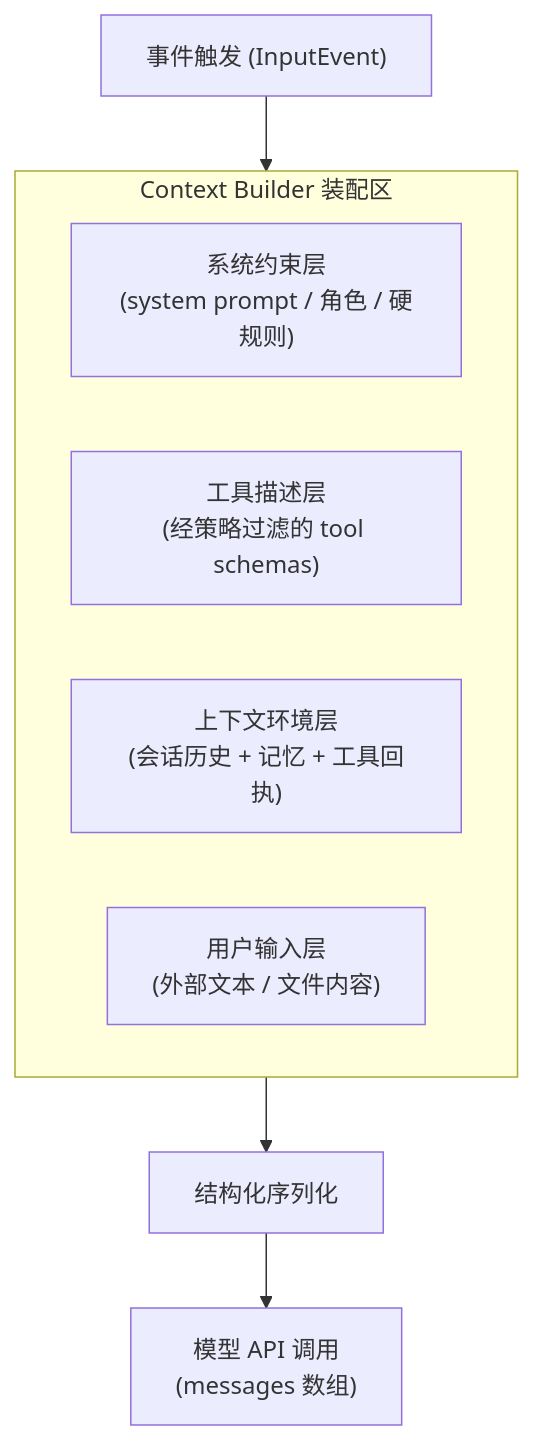
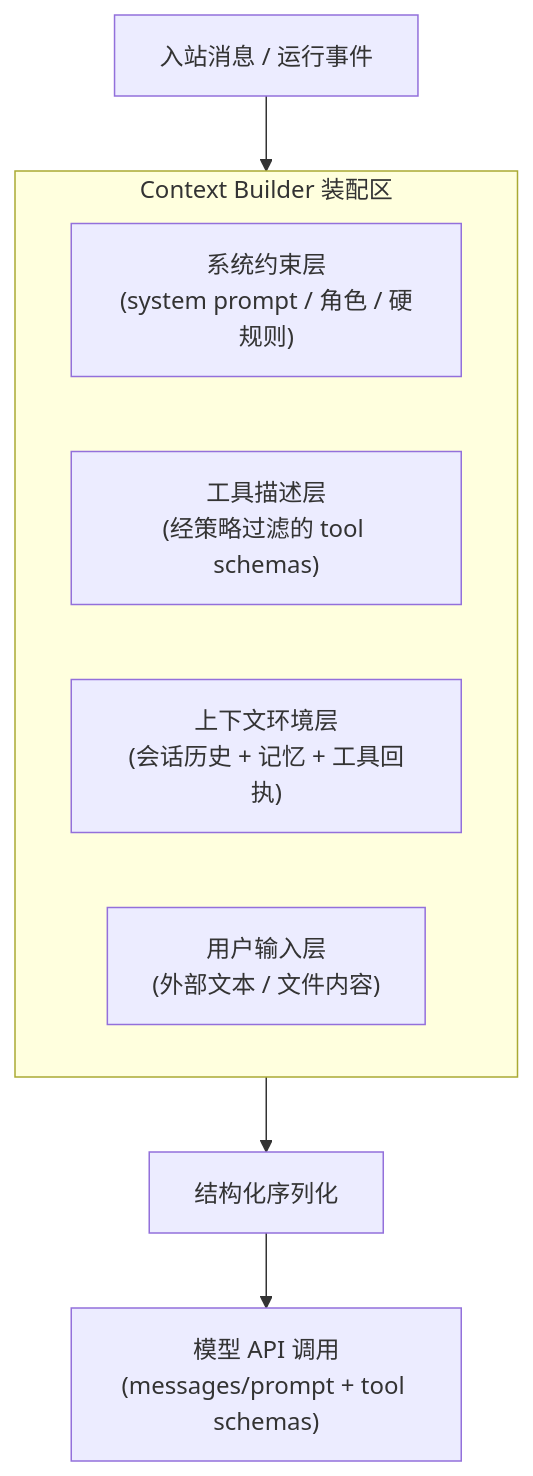
The first of 3 diagrams in 10_agent_loop/10.4_prompt_assembly.md (yeasy/openclaw_guide), drawn with Mermaid before and after one commit. The commit also changed other lines of this file and 89 other files, not shown here.

````diff
--- a/10_agent_loop/10.4_prompt_assembly.md
+++ b/10_agent_loop/10.4_prompt_assembly.md
@@ -21,14 +21,14 @@
 ```mermaid
 flowchart TD
-  E["事件触发 (InputEvent)"] --> CB["Context Builder"]
+  E["入站消息 / 运行事件"] --> CB["Context Builder"]
 
   subgraph CB["Context Builder 装配区"]
     S["系统约束层<br/>(system prompt / 角色 / 硬规则)"]
     T["工具描述层<br/>(经策略过滤的 tool schemas)"]
     H["上下文环境层<br/>(会话历史 + 记忆 + 工具回执)"]
     U["用户输入层<br/>(外部文本 / 文件内容)"]
   end
 
   CB --> SER["结构化序列化"]
-  SER --> API["模型 API 调用<br/>(messages 数组)"]
+  SER --> API["模型 API 调用<br/>(messages/prompt + tool schemas)"]
 ```
````
